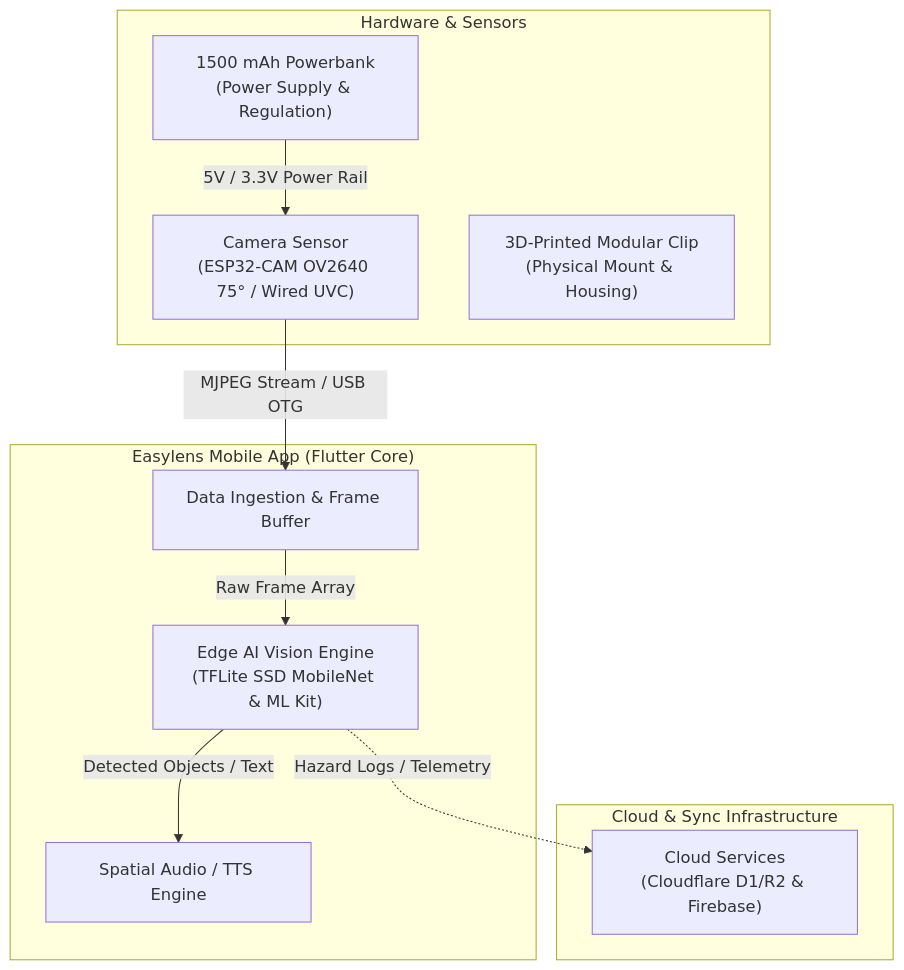
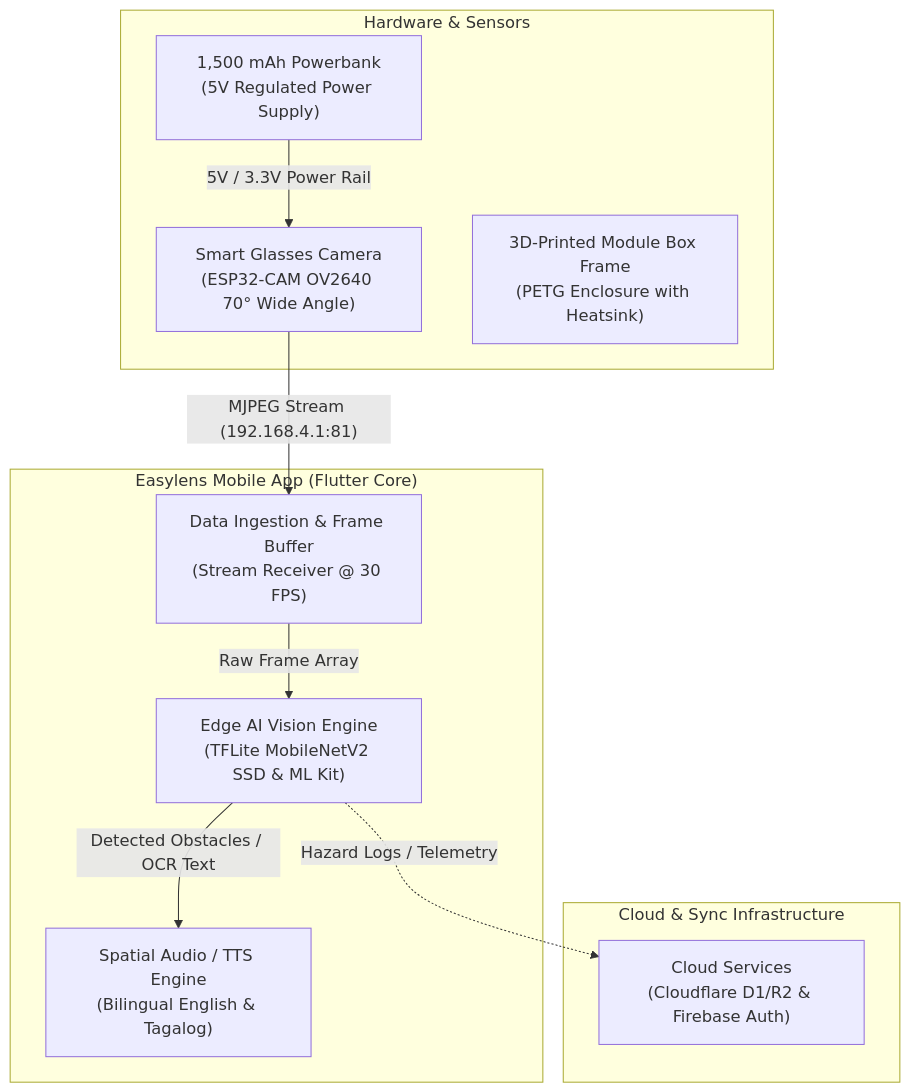
The first of 6 diagrams in docs/system_architecture/system_architecture_and_uml.md (Thes-IS-IT/Easylens), drawn with Mermaid before and after one commit. The commit also changed other lines of this file and 2 other files, not shown here.

Commit message:
docs: simplify conceptual framework to match Eraser.io IPO model, remove Wired UVC/USB-OTG, and update LLM models to Gemma-IT 2B & Gemini 3.6 Flash (Low)

````diff
--- a/docs/system_architecture/system_architecture_and_uml.md
+++ b/docs/system_architecture/system_architecture_and_uml.md
@@ -17,24 +17,24 @@
 ```mermaid
 graph TD
     subgraph Hardware Layer ["Hardware & Sensors"]
-        CAM["Camera Sensor\n(ESP32-CAM OV2640 75° / Wired UVC)"]
-        PWR["1500 mAh Powerbank\n(Power Supply & Regulation)"]
-        CLP["3D-Printed Modular Clip\n(Physical Mount & Housing)"]
+        CAM["Smart Glasses Camera\n(ESP32-CAM OV2640 70° Wide Angle)"]
+        PWR["1,500 mAh Powerbank\n(5V Regulated Power Supply)"]
+        CLP["3D-Printed Module Box Frame\n(PETG Enclosure with Heatsink)"]
     end
 
     subgraph Mobile Edge Layer ["Easylens Mobile App (Flutter Core)"]
-        ING["Data Ingestion & Frame Buffer"]
-        AI["Edge AI Vision Engine\n(TFLite SSD MobileNet & ML Kit)"]
-        TTS["Spatial Audio / TTS Engine"]
+        ING["Data Ingestion & Frame Buffer\n(Stream Receiver @ 30 FPS)"]
+        AI["Edge AI Vision Engine\n(TFLite MobileNetV2 SSD & ML Kit)"]
+        TTS["Spatial Audio / TTS Engine\n(Bilingual English & Tagalog)"]
     end
 
     subgraph Cloud Layer ["Cloud & Sync Infrastructure"]
-        CLOUD["Cloud Services\n(Cloudflare D1/R2 & Firebase)"]
+        CLOUD["Cloud Services\n(Cloudflare D1/R2 & Firebase Auth)"]
     end
 
     PWR -->|"5V / 3.3V Power Rail"| CAM
-    CAM -->|"MJPEG Stream / USB OTG"| ING
+    CAM -->|"MJPEG Stream (192.168.4.1:81)"| ING
     ING -->|"Raw Frame Array"| AI
-    AI -->|"Detected Objects / Text"| TTS
+    AI -->|"Detected Obstacles / OCR Text"| TTS
     AI -.->|"Hazard Logs / Telemetry"| CLOUD
 ```
````
